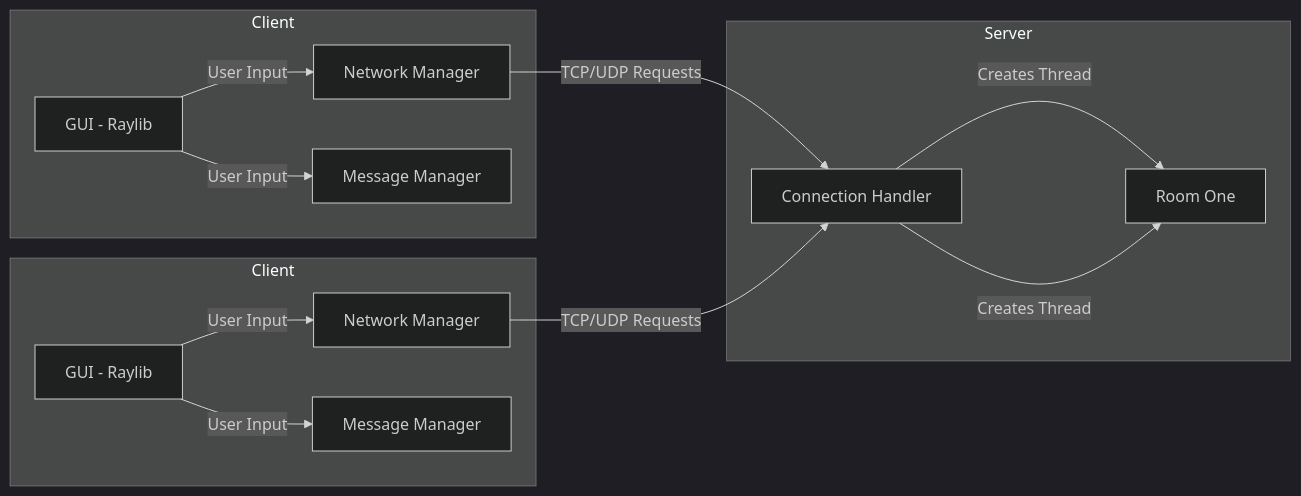
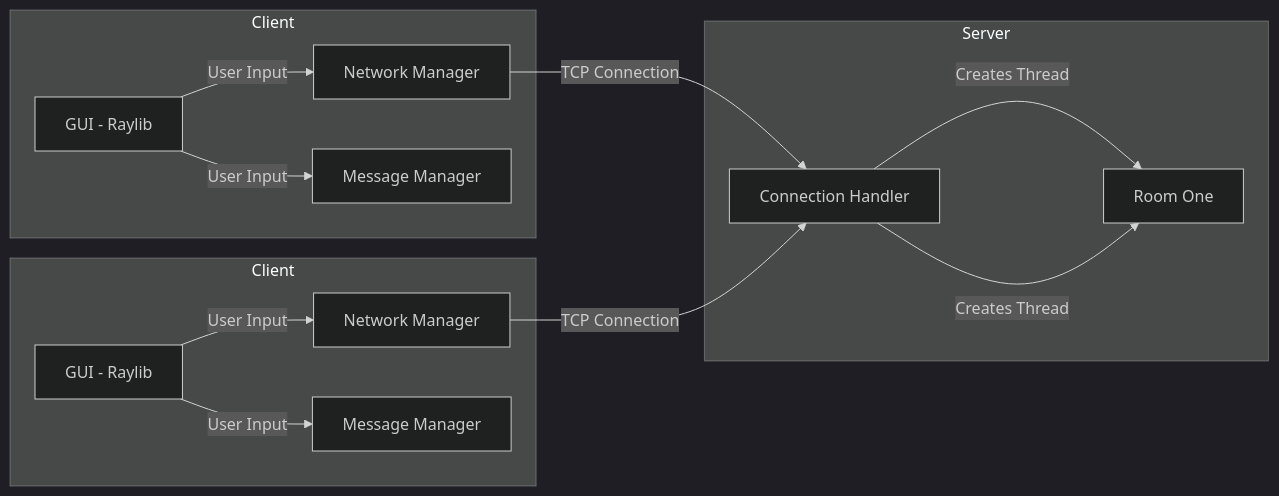
Before and after one commit to Nathancecixx/OpenMind: the diagram in README.md, drawn with Mermaid (dark theme).

````diff
--- a/README.md
+++ b/README.md
@@ -36,30 +36,30 @@
 ```mermaid
 flowchart LR
     subgraph Client ["Client"]
         GUI["GUI - Raylib"]
         NM["Network Manager"]
         MM["Message Manager"]
     end
 
     subgraph Server ["Server"]
         API["Connection Handler"]
         RM1["Room One"]
     end
 
     subgraph Client2 ["Client"]
         GUI2["GUI - Raylib"]
         NM2["Network Manager"]
         MM2["Message Manager"]
     end
 
     GUI -->|User Input| NM
     GUI -->|User Input| MM
-    NM -->|TCP/UDP Requests| API
+    NM -->|TCP Connection| API
     API -->|Creates Thread| RM1
 
     GUI2 -->|User Input| NM2
     GUI2 -->|User Input| MM2
-    NM2 -->|TCP/UDP Requests| API
+    NM2 -->|TCP Connection| API
     API -->|Creates Thread| RM1
 
 ```
````
